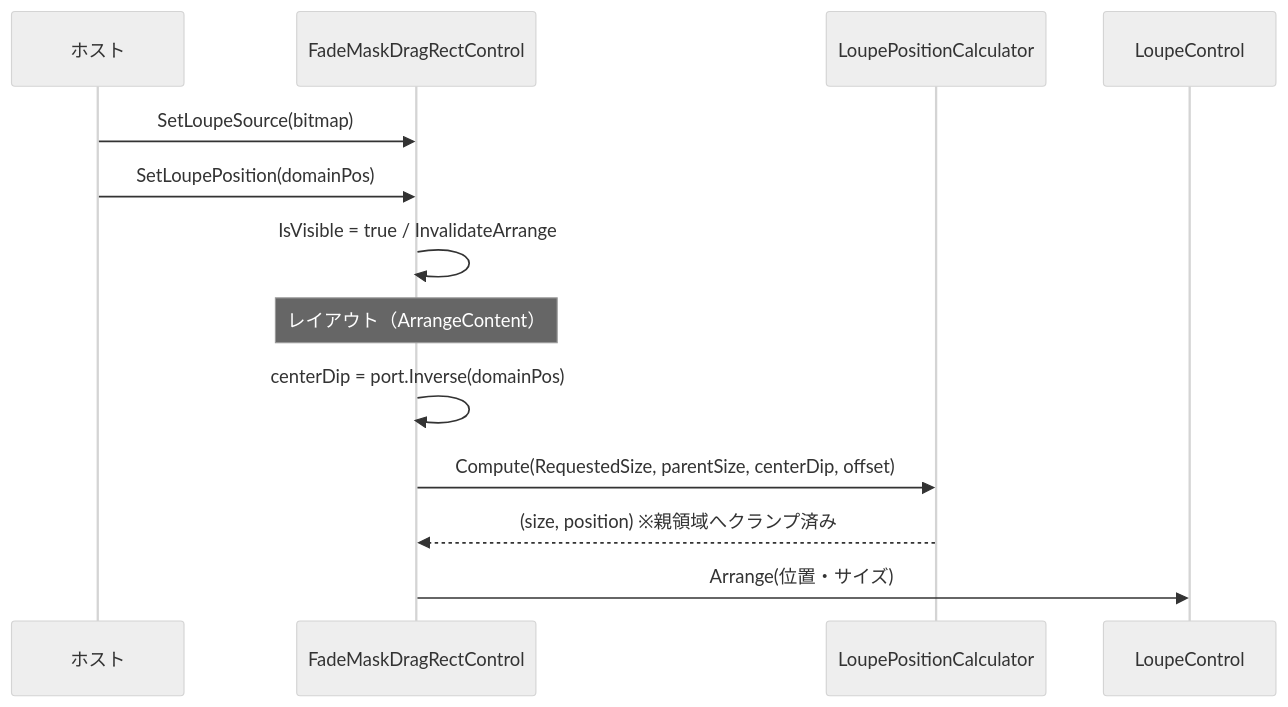
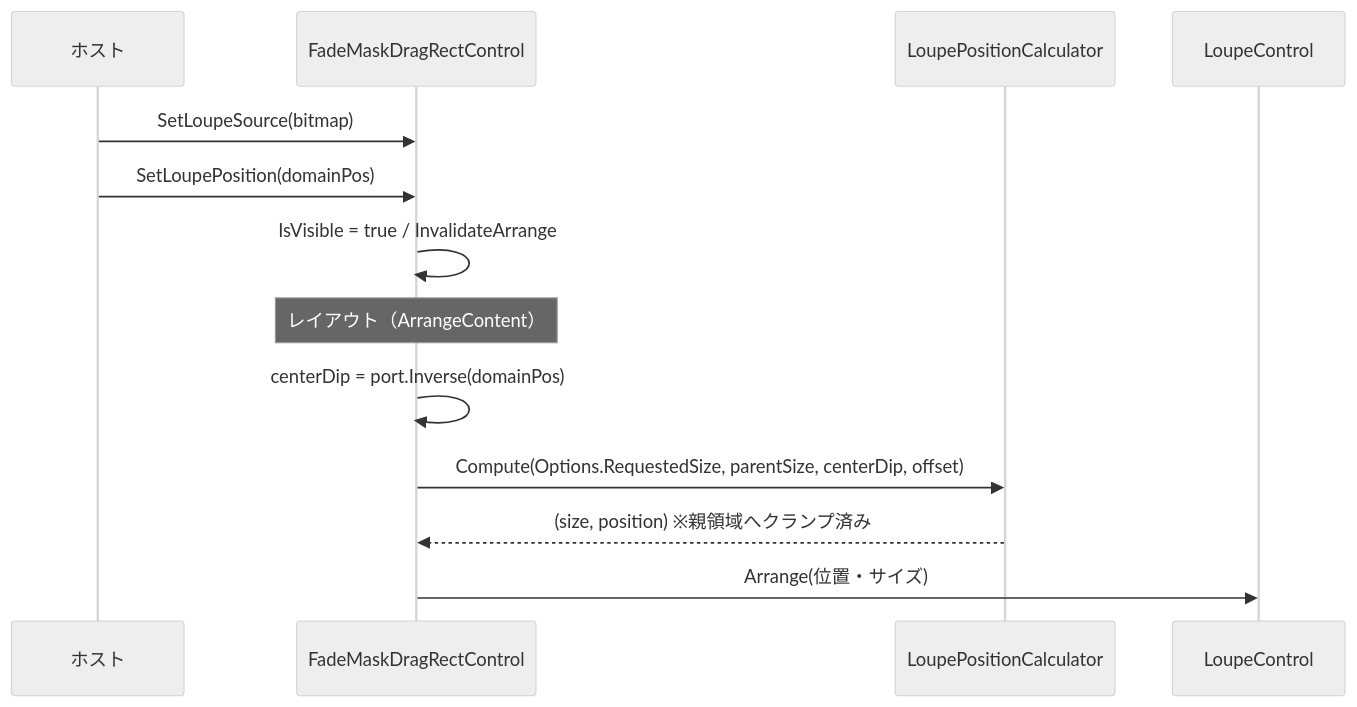
One commit to tomokuni/SaveEvidence changed the fourth of 4 diagrams in src/FadeMaskDragRectControl.MewUI/SPEC_System.md. Above: the diagram before and after it, drawn with Mermaid (neutral theme). The commit also changed other lines of this file and 122 other files, not shown here.

````diff
--- a/src/FadeMaskDragRectControl.MewUI/SPEC_System.md
+++ b/src/FadeMaskDragRectControl.MewUI/SPEC_System.md
@@ -224,16 +224,16 @@
 ```mermaid
 sequenceDiagram
     participant Host as ホスト
     participant Facade as FadeMaskDragRectControl
     participant Calc as LoupePositionCalculator
     participant Loupe as LoupeControl
 
     Host->>Facade: SetLoupeSource(bitmap)
     Host->>Facade: SetLoupePosition(domainPos)
     Facade->>Facade: IsVisible = true / InvalidateArrange
     Note over Facade: レイアウト（ArrangeContent）
     Facade->>Facade: centerDip = port.Inverse(domainPos)
-    Facade->>Calc: Compute(RequestedSize, parentSize, centerDip, offset)
+    Facade->>Calc: Compute(Options.RequestedSize, parentSize, centerDip, offset)
     Calc-->>Facade: (size, position)  ※親領域へクランプ済み
     Facade->>Loupe: Arrange(位置・サイズ)
 ```
````
